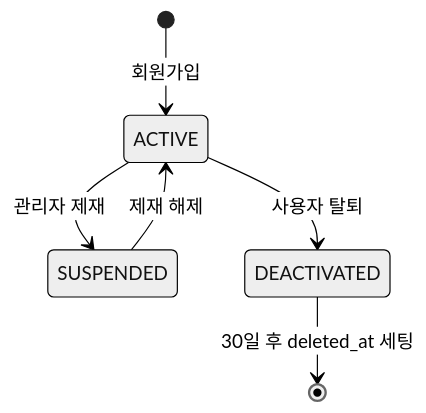
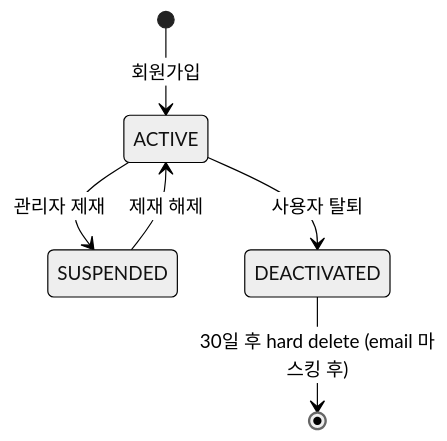
The fifth of 7 diagrams in 02_ERD_문서.md (Tae0072/2nd-Team-Project), drawn with Mermaid (neutral theme) before and after one commit. The commit also changed other lines of this file and 2 other files, not shown here.

Commit message:
docs: bump 02_ERD to v1.1 (25-item review patch) + sync 01번 v1.3 (토픽 4→7개 + Schema Registry/DLQ)

````diff
--- a/02_ERD_문서.md
+++ b/02_ERD_문서.md
@@ -533,8 +677,8 @@
 ```mermaid
 stateDiagram-v2
     [*] --> ACTIVE: 회원가입
     ACTIVE --> SUSPENDED: 관리자 제재
     ACTIVE --> DEACTIVATED: 사용자 탈퇴
     SUSPENDED --> ACTIVE: 제재 해제
-    DEACTIVATED --> [*]: 30일 후 deleted_at 세팅
+    DEACTIVATED --> [*]: 30일 후 hard delete (email 마스킹 후)
 ```
````
